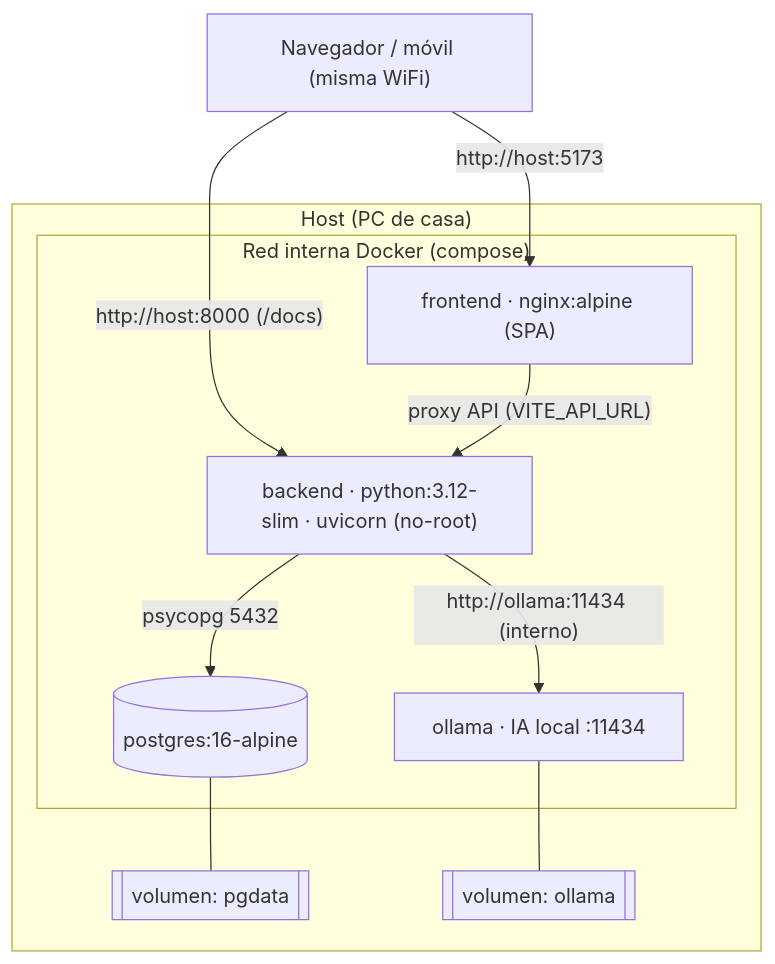
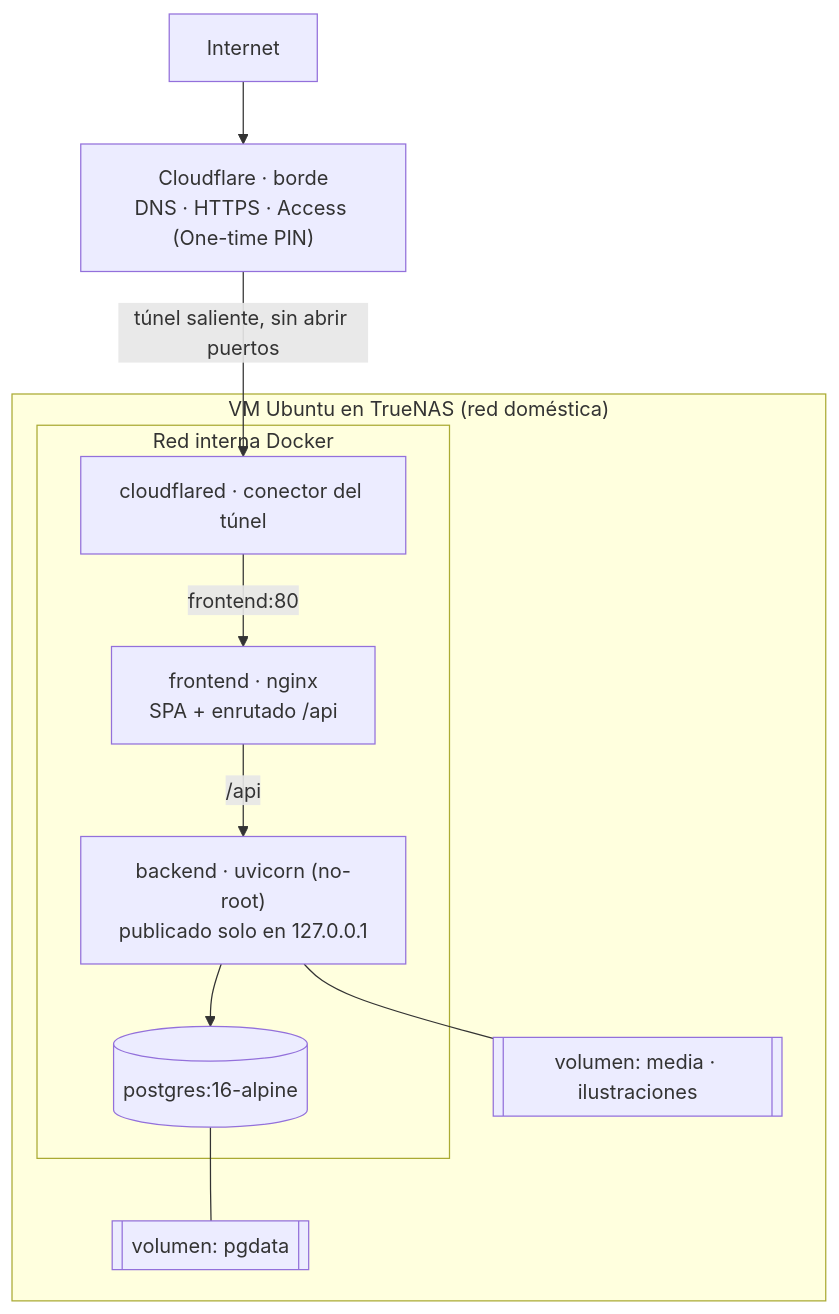
The second of 3 diagrams in readme.md (ggonzalezperez/AI4Devs-finalproject), drawn with Mermaid before and after one commit. The commit also changed other lines of this file and 3 other files, not shown here.

````diff
--- a/readme.md
+++ b/readme.md
@@ -242,21 +274,22 @@
 ```mermaid
 flowchart TB
-    subgraph host["Host (PC de casa)"]
-        subgraph docker["Red interna Docker (compose)"]
-            fe["frontend · nginx:alpine (SPA)"]
-            be["backend · python:3.12-slim · uvicorn (no-root)"]
+    internet["Internet"]
+    cf["Cloudflare · borde<br/>DNS · HTTPS · Access (One-time PIN)"]
+    subgraph vm["VM Ubuntu en TrueNAS (red doméstica)"]
+        subgraph docker["Red interna Docker"]
+            cfd["cloudflared · conector del túnel"]
+            fe["frontend · nginx<br/>SPA + enrutado /api"]
+            be["backend · uvicorn (no-root)<br/>publicado solo en 127.0.0.1"]
             pg[("postgres:16-alpine")]
-            ol["ollama · IA local :11434"]
         end
         volpg[["volumen: pgdata"]]
-        volol[["volumen: ollama"]]
+        volmedia[["volumen: media · ilustraciones"]]
     end
-    browser["Navegador / móvil (misma WiFi)"]
-    browser -->|"http://host:5173"| fe
-    browser -->|"http://host:8000 (/docs)"| be
-    fe -->|"proxy API (VITE_API_URL)"| be
-    be -->|"psycopg 5432"| pg
-    be -->|"http://ollama:11434 (interno)"| ol
+    internet --> cf
+    cf -->|"túnel saliente, sin abrir puertos"| cfd
+    cfd -->|"frontend:80"| fe
+    fe -->|"/api"| be
+    be --> pg
     pg --- volpg
-    ol --- volol
+    be --- volmedia
 ```
````
